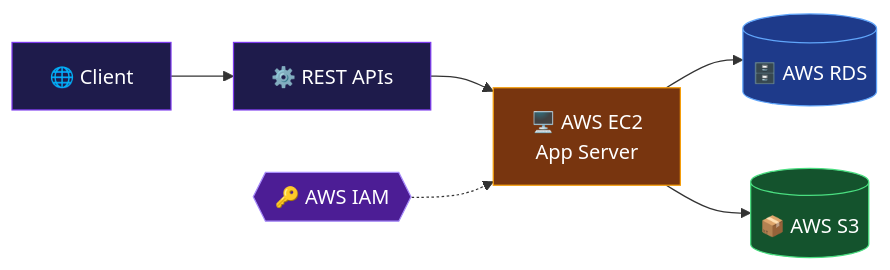
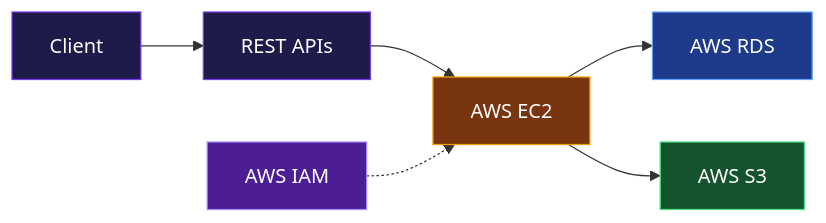
Before and after one commit to Rockyyy2312/Rockyyy2312: the third of 4 diagrams in README.md, drawn with Mermaid. The commit also changed other lines of this file, not shown here.

````diff
--- a/README.md
+++ b/README.md
@@ -177,14 +152,14 @@
 ```mermaid
 flowchart LR
-    C[🌐 Client] --> API[⚙️ REST APIs]
-    API --> EC2[🖥️ AWS EC2<br/>App Server]
-    EC2 --> RDS[(🗄️ AWS RDS)]
-    EC2 --> S3[(📦 AWS S3)]
-    IAM{{🔑 AWS IAM}} -.-> EC2
+    C["Client"] --> API["REST APIs"]
+    API --> EC2["AWS EC2"]
+    EC2 --> RDS["AWS RDS"]
+    EC2 --> S3["AWS S3"]
+    IAM["AWS IAM"] -.-> EC2
     style C fill:#1e1b4b,stroke:#7c3aed,color:#fff
     style API fill:#1e1b4b,stroke:#7c3aed,color:#fff
     style EC2 fill:#78350f,stroke:#f59e0b,color:#fff
     style RDS fill:#1e3a8a,stroke:#60a5fa,color:#fff
     style S3 fill:#14532d,stroke:#4ade80,color:#fff
     style IAM fill:#4c1d95,stroke:#a78bfa,color:#fff
 ```
````
